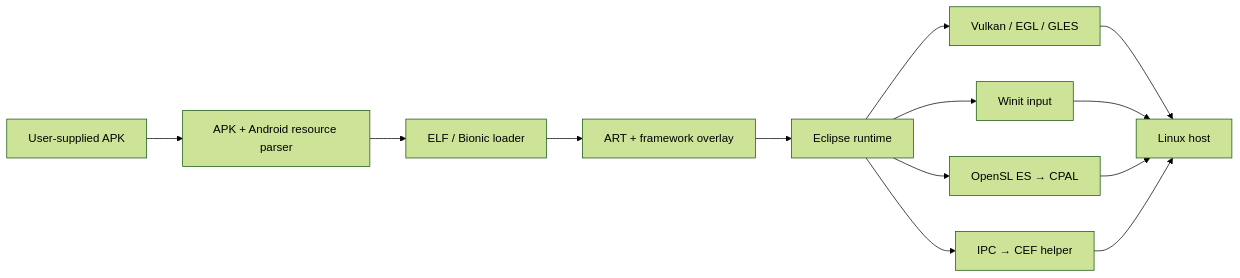
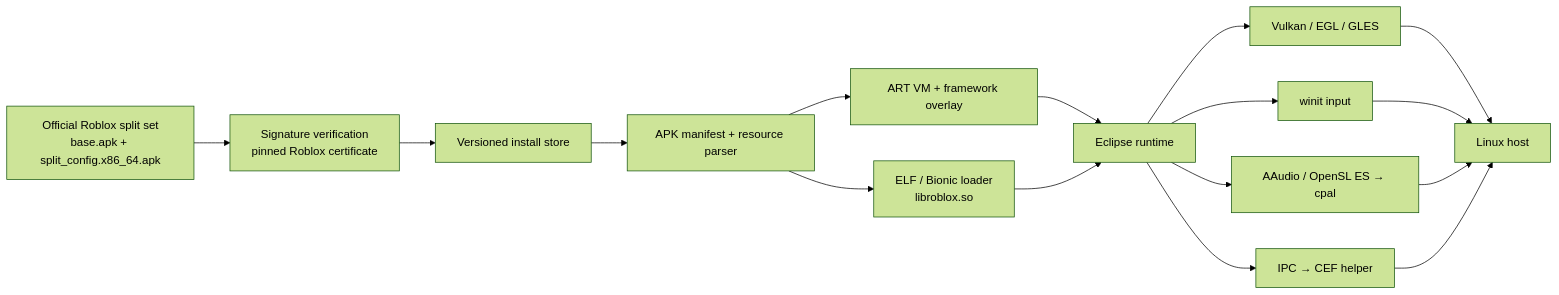
Before and after one commit to Kuenec/Eclipse: the diagram in README.md, drawn with Mermaid (forest theme). The commit also changed other lines of this file, not shown here.

````diff
--- a/README.md
+++ b/README.md
@@ -118,15 +203,18 @@
 ```mermaid
 flowchart LR
-    APK[User-supplied APK] --> Parser[APK + Android resource parser]
-    Parser --> Loader[ELF / Bionic loader]
-    Loader --> ART[ART + framework overlay]
-    ART --> Runtime[Eclipse runtime]
-    Runtime --> Graphics[Vulkan / EGL / GLES]
-    Runtime --> Input[Winit input]
-    Runtime --> Audio[OpenSL ES → CPAL]
-    Runtime --> WebView[IPC → CEF helper]
-    Graphics --> Linux[Linux host]
+    APKs["Official Roblox split set<br/>base.apk + split_config.x86_64.apk"] --> Verify["Signature verification<br/>pinned Roblox certificate"]
+    Verify --> Store["Versioned install store"]
+    Store --> Parser["APK manifest + resource parser"]
+    Parser --> ART["ART VM + framework overlay"]
+    Parser --> Loader["ELF / Bionic loader<br/>libroblox.so"]
+    ART --> Runtime["Eclipse runtime"]
+    Loader --> Runtime
+    Runtime --> Graphics["Vulkan / EGL / GLES"]
+    Runtime --> Input["winit input"]
+    Runtime --> Audio["AAudio / OpenSL ES → cpal"]
+    Runtime --> WebView["IPC → CEF helper"]
+    Graphics --> Linux["Linux host"]
     Input --> Linux
     Audio --> Linux
     WebView --> Linux
 ```
````
